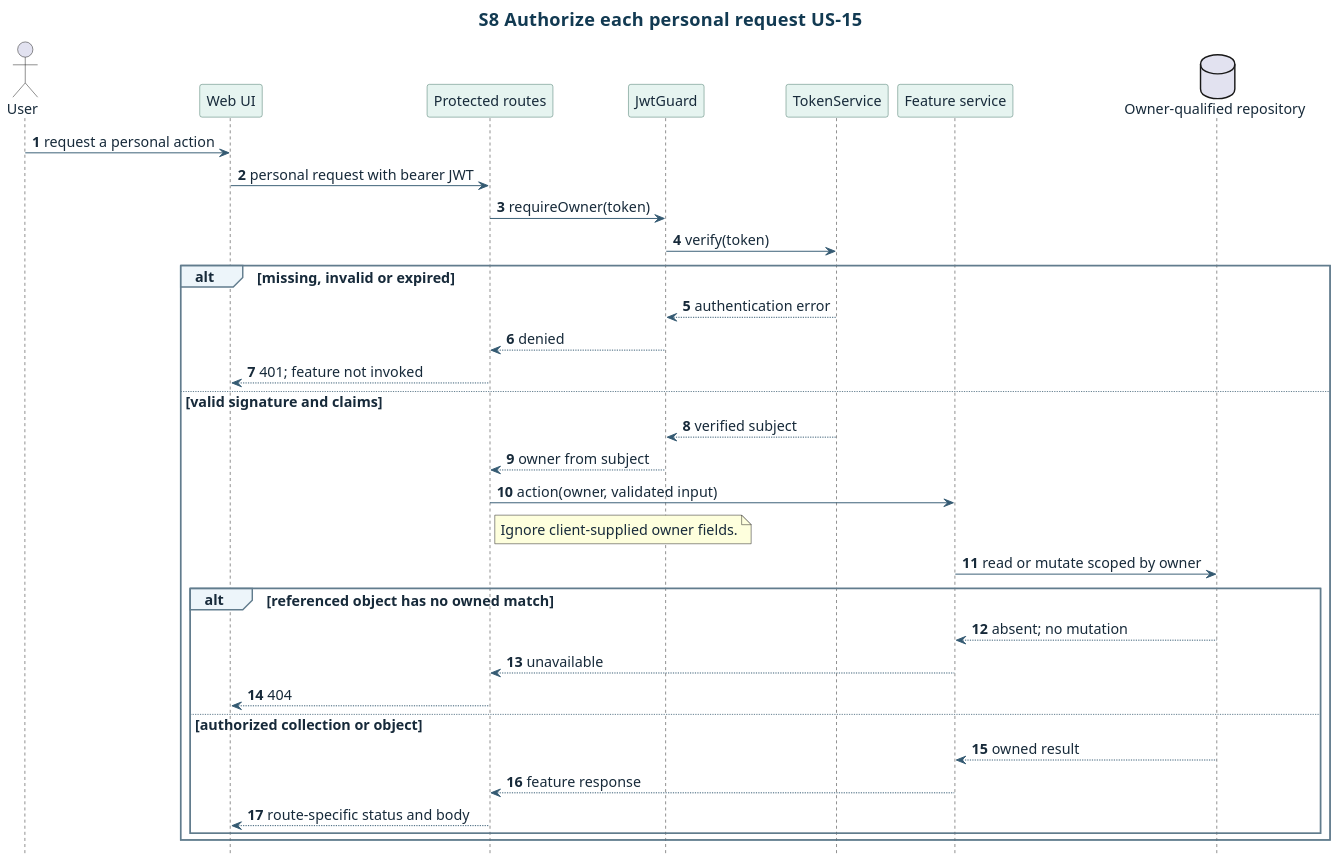
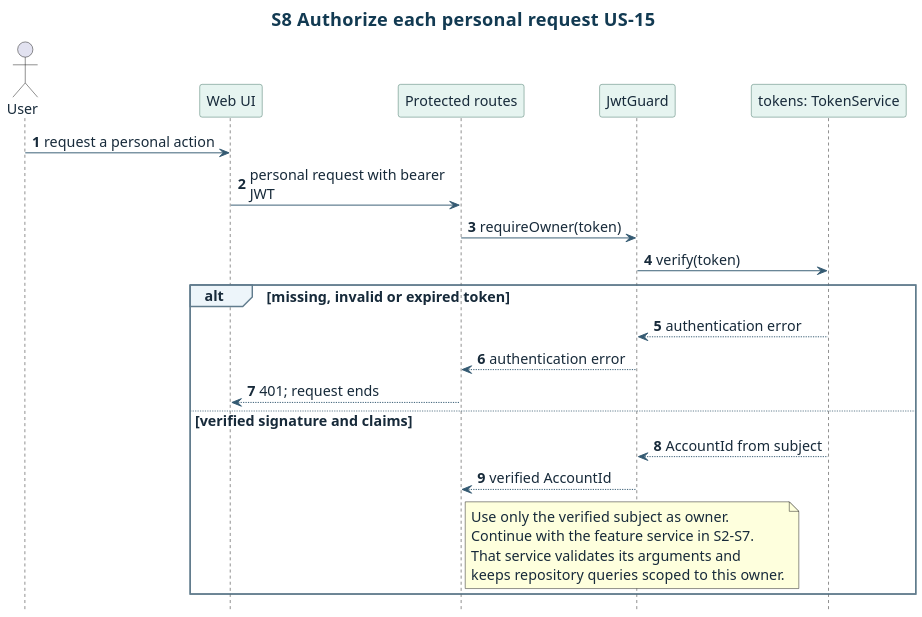
The diagram in docs/design/sequence/authorization.puml (SarpCizer/CMPE331-Project), drawn with PlantUML before and after one commit. The commit also changed 15 other files, not shown here.

```diff
--- a/docs/design/sequence/authorization.puml
+++ b/docs/design/sequence/authorization.puml
@@ -1,54 +1,48 @@
 @startuml
 title S8  Authorize each personal request  US-15
 skinparam backgroundColor #FFFFFF
 skinparam defaultFontName Arial
 skinparam defaultFontColor #172A3A
 skinparam defaultFontSize 15
 skinparam ArrowColor #345A72
 skinparam Shadowing false
 skinparam dpi 150
 skinparam TitleFontColor #123A52
 skinparam TitleFontSize 19
 skinparam ClassBackgroundColor #EDF5FA
 skinparam ClassBorderColor #456F89
 skinparam ComponentBackgroundColor #EDF5FA
 skinparam ComponentBorderColor #456F89
 skinparam PackageBorderColor #456F89
 skinparam ParticipantBackgroundColor #E6F4F0
 skinparam ParticipantBorderColor #417364
 skinparam SequenceGroupBackgroundColor #EDF5FA
 skinparam SequenceGroupBorderColor #617C8D
 hide footbox
 autonumber
+skinparam maxMessageSize 220
 actor User
 participant "Web UI" as UI
 participant "Protected routes" as API
+
 participant JwtGuard as Guard
-participant TokenService as Token
-participant "Feature service" as Feature
-database "Owner-qualified repository" as Store
+participant "tokens: TokenService" as Token
 User -> UI : request a personal action
 UI -> API : personal request with bearer JWT
 API -> Guard : requireOwner(token)
 Guard -> Token : verify(token)
-alt missing, invalid or expired
+alt missing, invalid or expired token
   Token --> Guard : authentication error
-  Guard --> API : denied
-  API --> UI : 401; feature not invoked
-else valid signature and claims
-  Token --> Guard : verified subject
-  Guard --> API : owner from subject
-  API -> Feature : action(owner, validated input)
-  note right of API : Ignore client-supplied owner fields.
-  Feature -> Store : read or mutate scoped by owner
-  alt referenced object has no owned match
-    Store --> Feature : absent; no mutation
-    Feature --> API : unavailable
-    API --> UI : 404
-  else authorized collection or object
-    Store --> Feature : owned result
-    Feature --> API : feature response
-    API --> UI : route-specific status and body
-  end
+  Guard --> API : authentication error
+  API --> UI : 401; request ends
+else verified signature and claims
+  Token --> Guard : AccountId from subject
+  Guard --> API : verified AccountId
+  note right of API
+    Use only the verified subject as owner.
+    Continue with the feature service in S2-S7.
+    That service validates its arguments and
+    keeps repository queries scoped to this owner.
+  end note
 end
 @enduml
```
